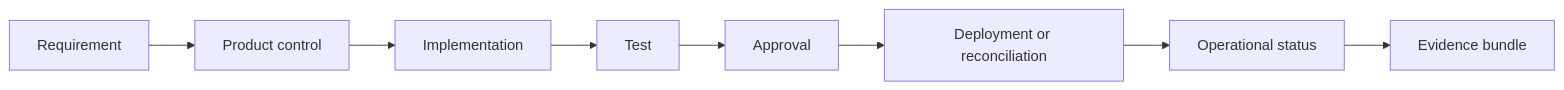
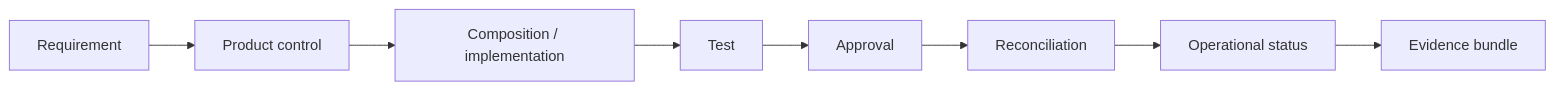
Before and after one commit to SAABOLImpactVenture/ai-powered-infrastructure-as-a-product: the second of 2 diagrams in docs/architecture/product-control-plane.md, drawn with Mermaid. The commit also changed other lines of this file and 1052 other files, not shown here.

First line of the commit message:
Supersede legacy accelerator stack with modern IaaP reference architecture (#91)

````diff
--- a/docs/architecture/product-control-plane.md
+++ b/docs/architecture/product-control-plane.md
@@ -367,10 +95,10 @@
 ```mermaid
 flowchart LR
   R[Requirement] --> C[Product control]
-  C --> I[Implementation]
+  C --> I[Composition / implementation]
   I --> T[Test]
   T --> A[Approval]
-  A --> D[Deployment or reconciliation]
-  D --> O[Operational status]
-  O --> E[Evidence bundle]
+  A --> X[Reconciliation]
+  X --> S[Operational status]
+  S --> E[Evidence bundle]
 ```
````
